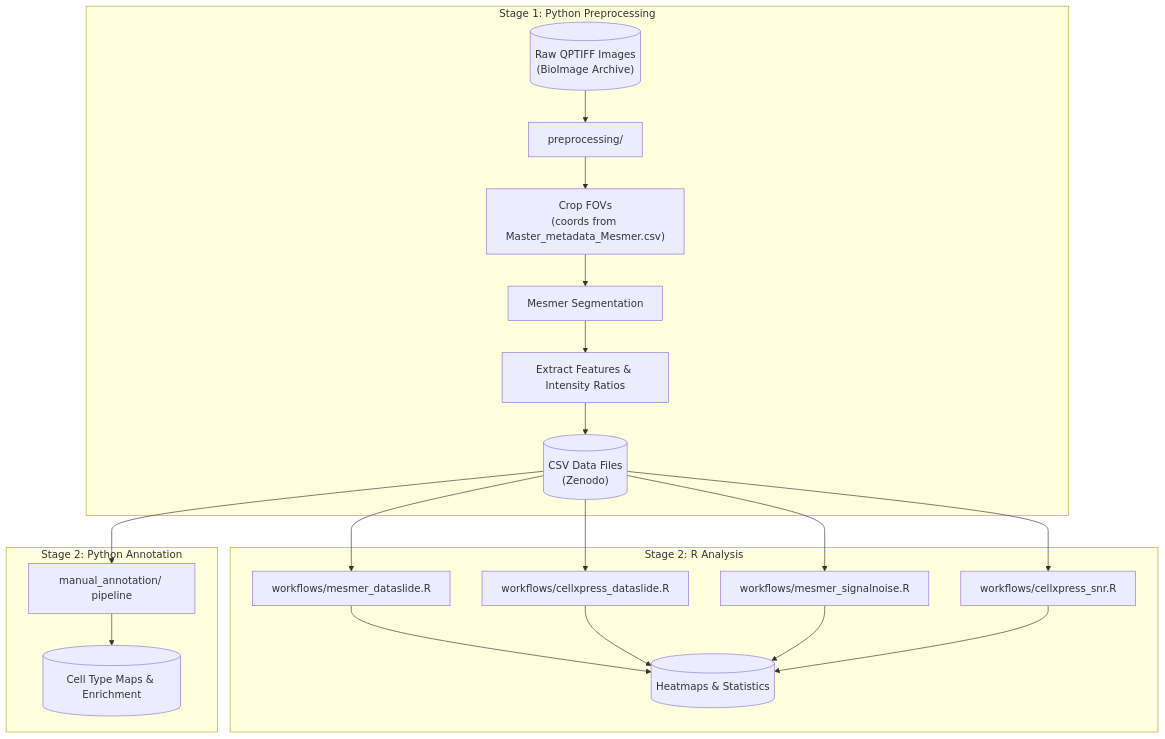
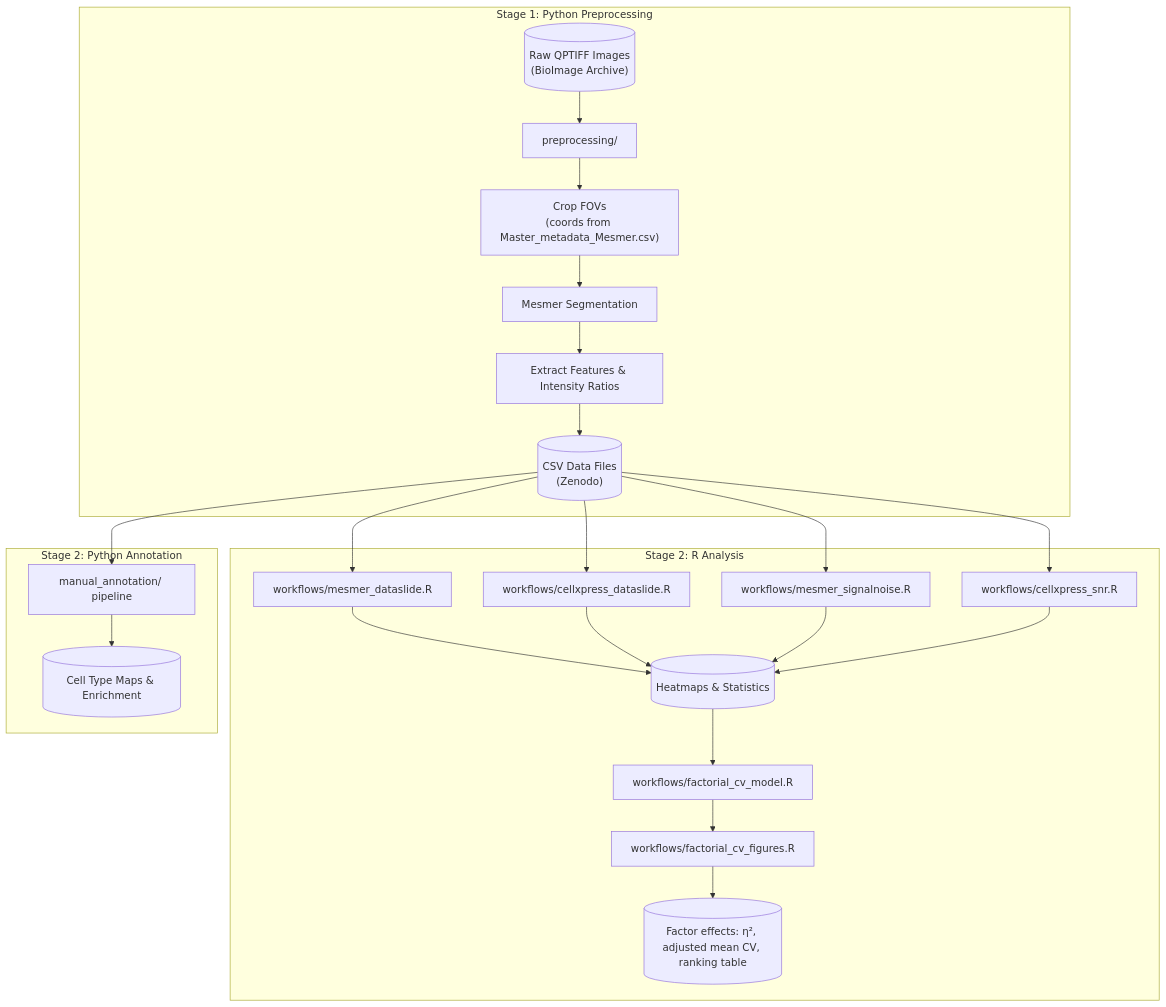
One commit to SizunJiangLab/Benchmarking_tissue_preparation changed the diagram in README.md. Above: the diagram before and after it, drawn with Mermaid. The commit also changed other lines of this file and 2 other files, not shown here.

First line of the commit message:
feat: factorial CV reanalysis (Fig 3) — model + figures (#8)

````diff
--- a/README.md
+++ b/README.md
@@ -71,26 +72,29 @@
 ```mermaid
 flowchart TD
     subgraph stage1["Stage 1: Python Preprocessing"]
         A[("Raw QPTIFF Images<br/>(BioImage Archive)")] --> B["preprocessing/"]
         B --> C["Crop FOVs<br/>(coords from Master_metadata_Mesmer.csv)"]
         C --> D["Mesmer Segmentation"]
         D --> E["Extract Features & Intensity Ratios"]
         E --> F[("CSV Data Files<br/>(Zenodo)")]
     end
 
     subgraph stage2["Stage 2: R Analysis"]
         F --> G["workflows/mesmer_dataslide.R"]
         F --> H["workflows/cellxpress_dataslide.R"]
         F --> I["workflows/mesmer_signalnoise.R"]
         F --> M["workflows/cellxpress_snr.R"]
         G --> J[("Heatmaps & Statistics")]
         H --> J
         I --> J
         M --> J
+        J --> N["workflows/factorial_cv_model.R"]
+        N --> O["workflows/factorial_cv_figures.R"]
+        O --> P[("Factor effects: η², adjusted mean CV, ranking table")]
     end
 
     subgraph stage2b["Stage 2: Python Annotation"]
         F --> K["manual_annotation/ pipeline"]
         K --> L[("Cell Type Maps & Enrichment")]
     end
 ```
````
